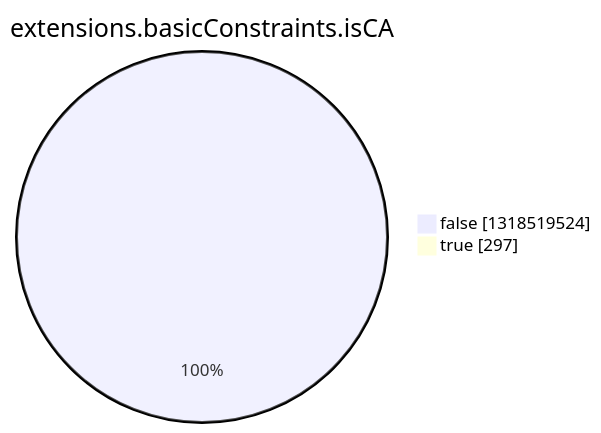
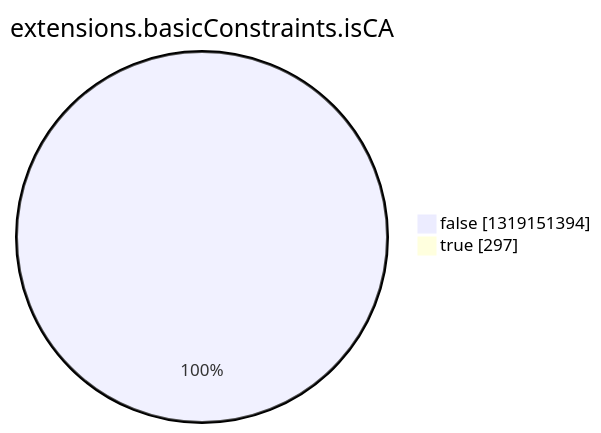
The eighth of 15 diagrams in argon2022/README.md (christiankrug/ctmonitor_visualization), drawn with Mermaid before and after one commit. The commit also changed other lines of this file, not shown here.

````diff
--- a/argon2022/README.md
+++ b/argon2022/README.md
@@ -2758,6 +2758,6 @@
 ```mermaid
 pie showData
 title extensions.basicConstraints.isCA
-"false" :1318519524
+"false" :1319151394
 "true" :297
 ```
````
